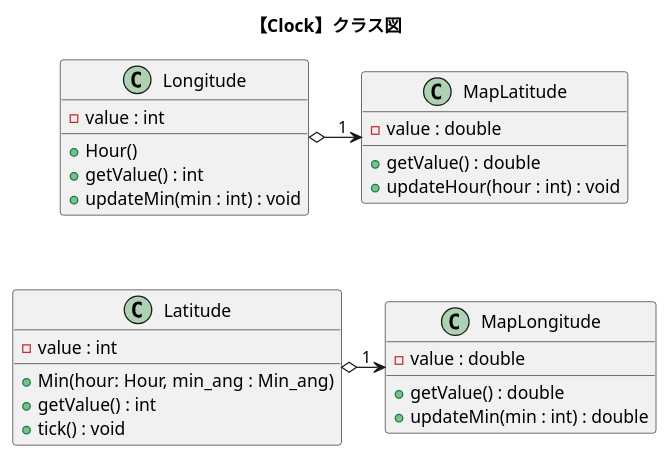
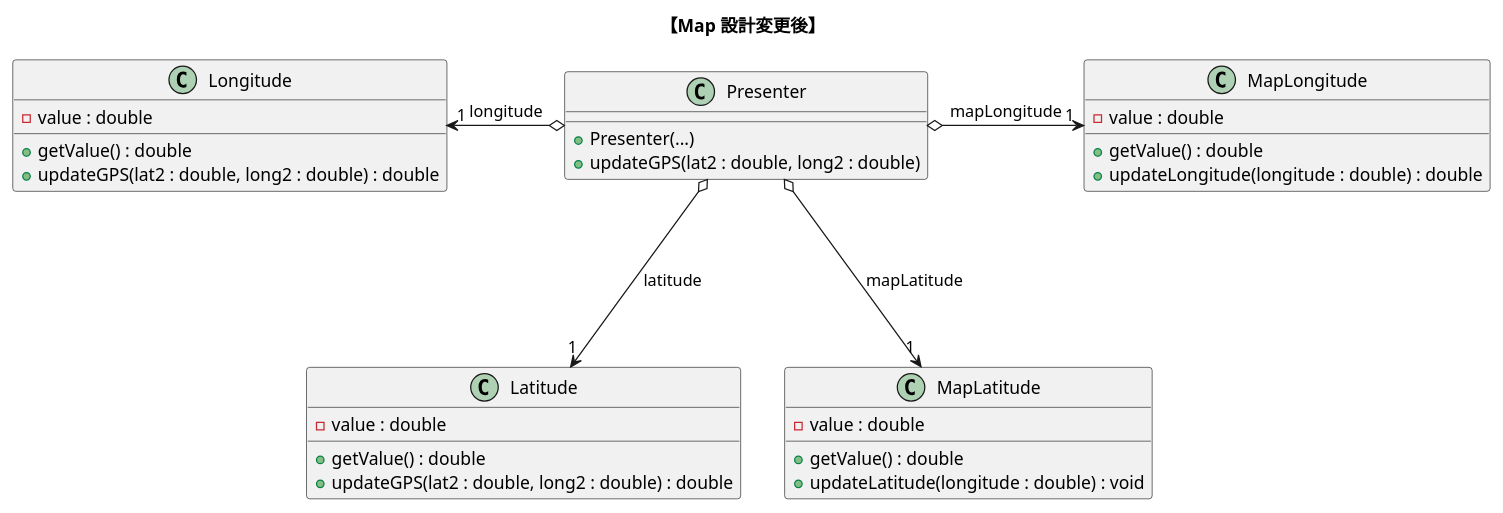
Before and after one commit to nitta-lab/TwoStagesModelingExperiments: the diagram in puml/classes/map_class_push_CFD.puml, drawn with PlantUML. The commit also changed 7 other files, not shown here.

```diff
--- a/puml/classes/map_class_push_CFD.puml
+++ b/puml/classes/map_class_push_CFD.puml
@@ -1,38 +1,39 @@
 @startuml map_class_push_CFD
-title "【Clock】クラス図"
+title "【Map 設計変更後】"
 
-together {
-    class "Longitude"{
-        -value : int
-        +Hour()
-        +getValue() : int
-        +updateMin(min : int) : void
-    }
+class "Longitude"{
+    -value : double
+    +getValue() : double
+    +updateGPS(lat2 : double, long2 : double) : double
+}
 
-    class "Latitude"{
-        -value : int
-        +Min(hour: Hour, min_ang : Min_ang)
-        +getValue() : int
-        +tick() : void
-    }
+class "Latitude"{
+    -value : double
+    +getValue() : double
+    +updateGPS(lat2 : double, long2 : double) : double
 }
+
 
 class "MapLongitude"{
     -value : double
     +getValue() : double
-    +updateMin(min : int) : double
+    +updateLongitude(longitude : double) : double
 }
 
 class "MapLatitude"{
     -value : double
     +getValue() : double
-    +updateHour(hour : int) : void
+    +updateLatitude(longitude : double) : void
 }
 
+class "Presenter"{
+    +Presenter(...)
+    +updateGPS(lat2 : double, long2 : double)
+}
 
-Longitude  o-right-> "1 " MapLatitude
-Longitude  -[hidden]-     Latitude
-
-Latitude   o-right-> "1 " MapLongitude
+"Presenter" o--left-> "1" "Longitude" : longitude
+"Presenter" o---> "1" "Latitude" : latitude
+"Presenter" o--right-> "1" "MapLongitude" : mapLongitude
+"Presenter" o---> "1" "MapLatitude" : mapLatitude
 
 @enduml
```
